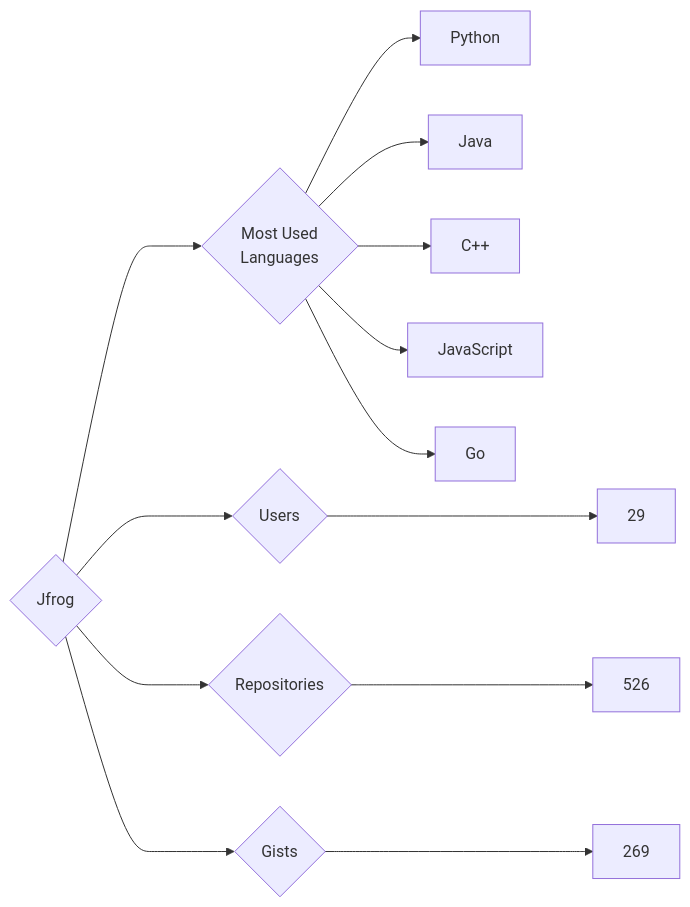
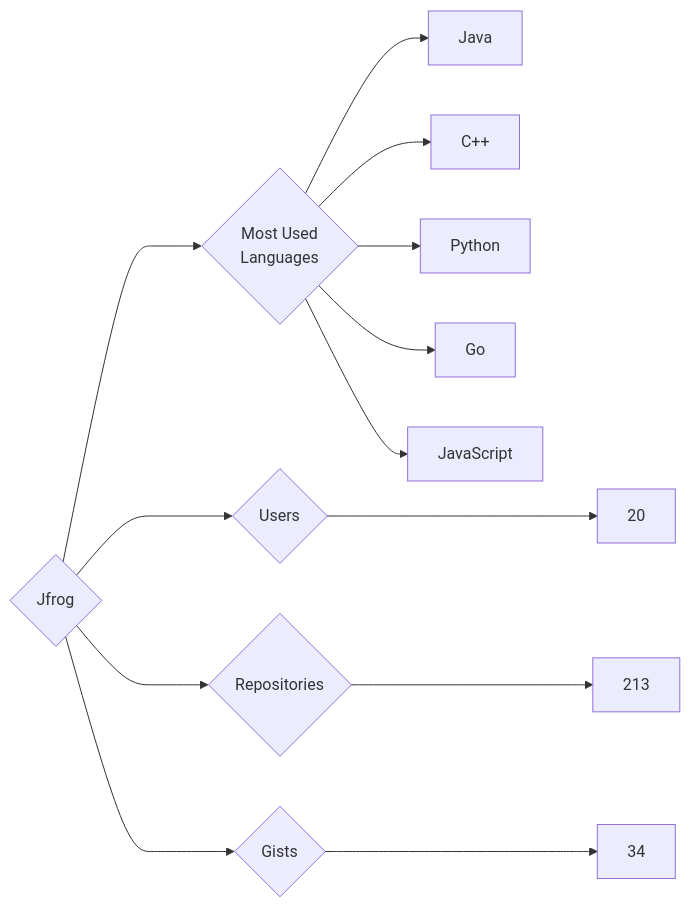
One commit to trickest/insiders changed the diagram in targets/Jfrog/README.md. Above: the diagram before and after it, drawn with Mermaid. The commit also changed 925 other files, not shown here.

````diff
--- a/targets/Jfrog/README.md
+++ b/targets/Jfrog/README.md
@@ -3,13 +3,13 @@
 ```mermaid
 graph LR
 COMPANY_NAME{Jfrog}
-COMPANY_NAME ---> U{Users} ---> UN[29]
-COMPANY_NAME ---> R{Repositories} ---> RN[526]
-COMPANY_NAME ---> G{Gists} ---> GN[269]
+COMPANY_NAME ---> U{Users} ---> UN[20]
+COMPANY_NAME ---> R{Repositories} ---> RN[213]
+COMPANY_NAME ---> G{Gists} ---> GN[34]
 COMPANY_NAME ---> ML{Most Used<br>Languages}
-ML --> Python[Python]
 ML --> Java[Java]
 ML --> C++[C++]
+ML --> Python[Python]
+ML --> Go[Go]
 ML --> JavaScript[JavaScript]
-ML --> Go[Go]
 ```
````
